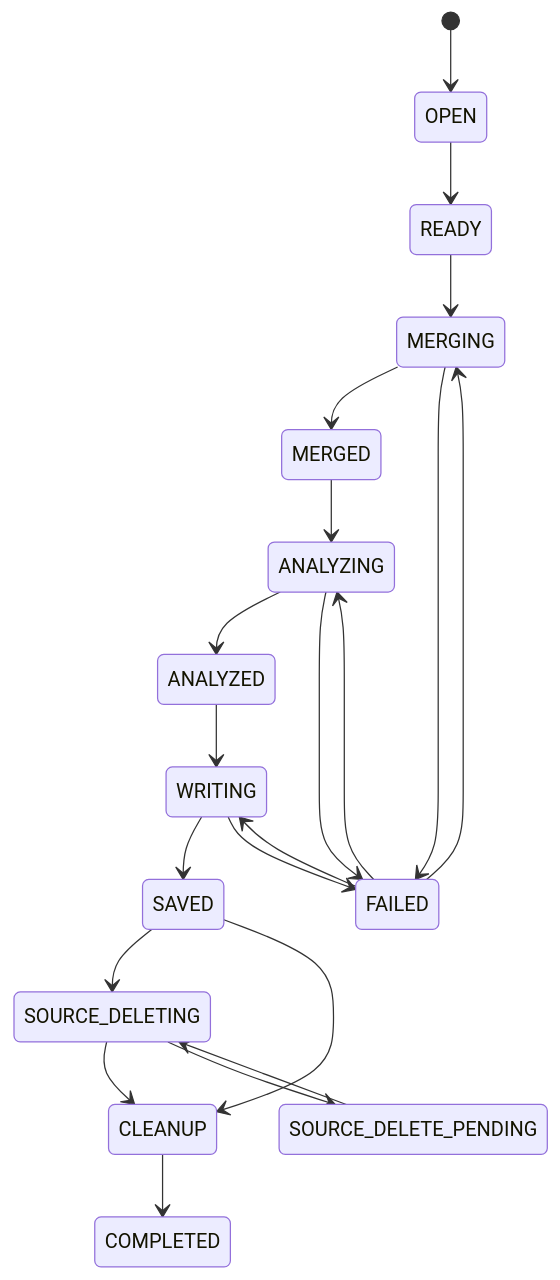
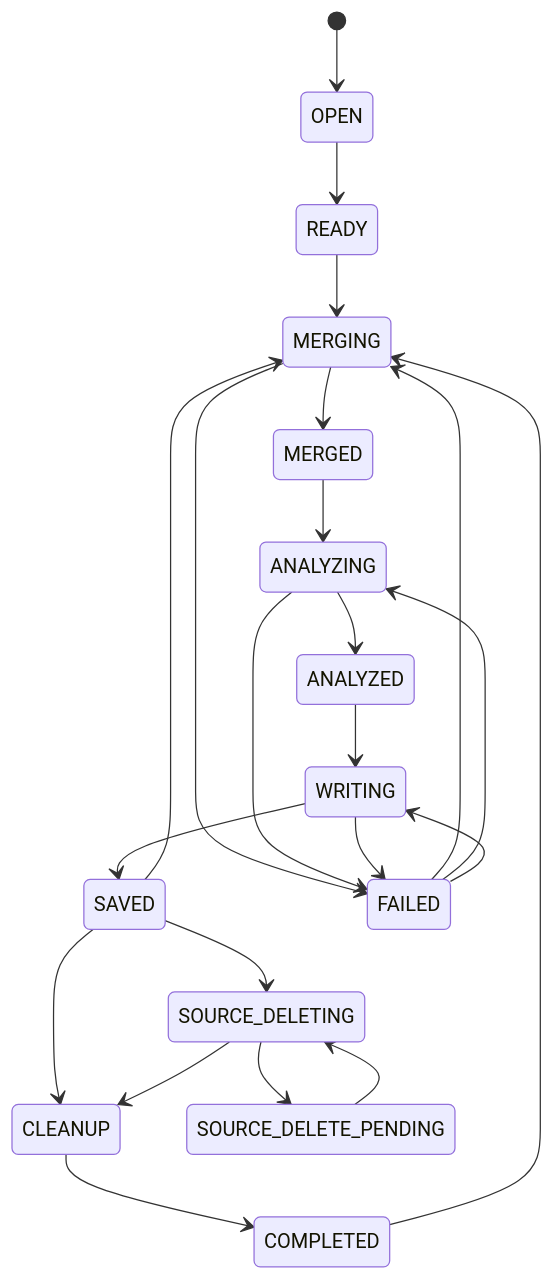
The third of 3 diagrams in docs/SPEC.md (shinsuke-terada/voicedock), drawn with Mermaid before and after one commit. The commit also changed other lines of this file and 1 other file, not shown here.

````diff
--- a/docs/SPEC.md
+++ b/docs/SPEC.md
@@ -996,24 +1072,26 @@
 ```mermaid
 stateDiagram-v2
     [*] --> OPEN
     OPEN --> READY
     READY --> MERGING
     MERGING --> MERGED
     MERGED --> ANALYZING
     ANALYZING --> ANALYZED
     ANALYZED --> WRITING
     WRITING --> SAVED
+    SAVED --> MERGING
     SAVED --> SOURCE_DELETING
+    SAVED --> CLEANUP
     SOURCE_DELETING --> CLEANUP
     SOURCE_DELETING --> SOURCE_DELETE_PENDING
     SOURCE_DELETE_PENDING --> SOURCE_DELETING
-    SAVED --> CLEANUP
     CLEANUP --> COMPLETED
+    COMPLETED --> MERGING
 
     MERGING --> FAILED
     ANALYZING --> FAILED
     WRITING --> FAILED
     FAILED --> MERGING
     FAILED --> ANALYZING
     FAILED --> WRITING
 ```
````
